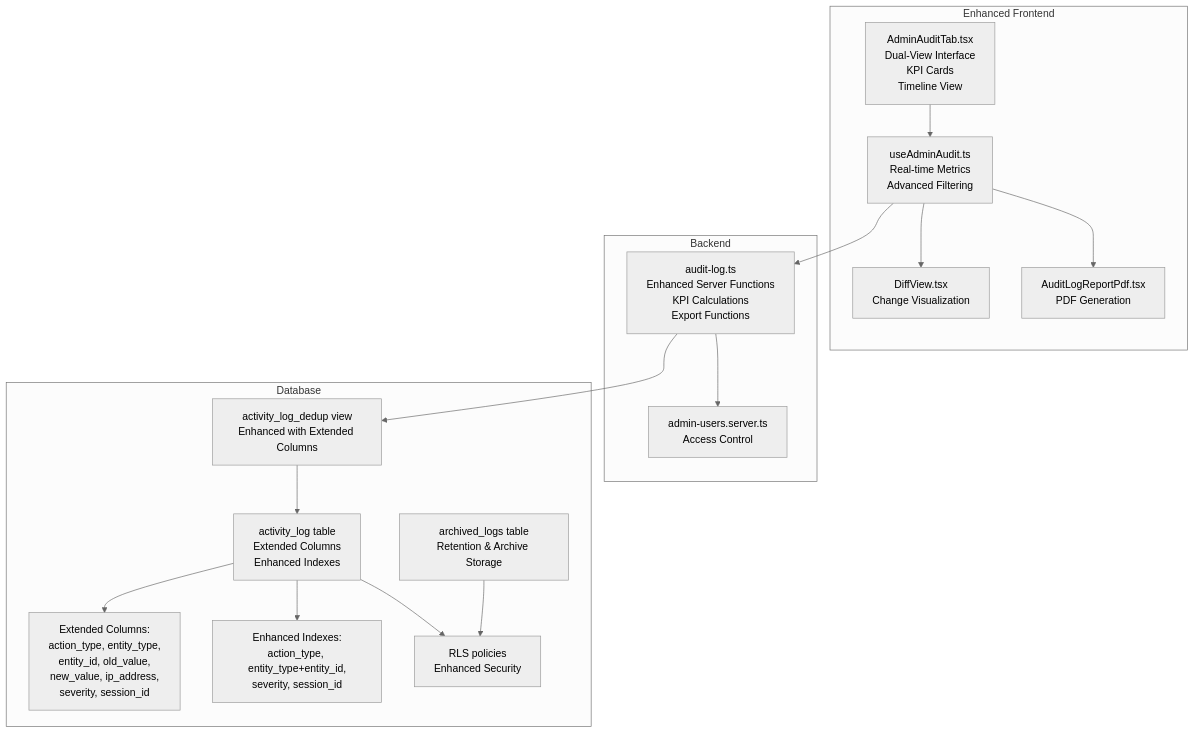
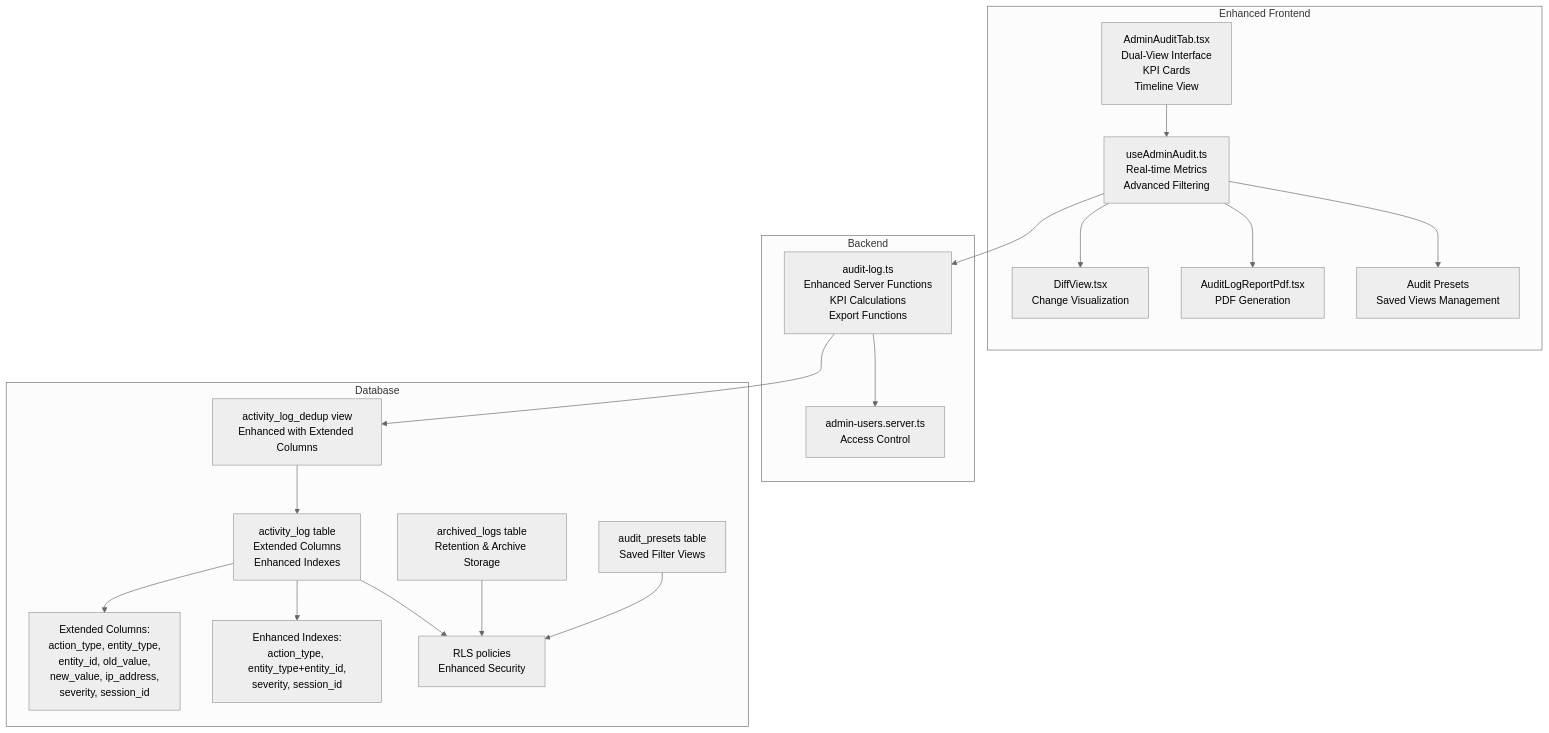
One commit to gastaldellomarco/pcReady changed the first of 14 diagrams in .qoder/repowiki/en/content/Administrative Features/Audit Logging System.md. Above: the diagram before and after it, drawn with Mermaid (neutral theme). The commit also changed other lines of this file and 12 other files, not shown here.

````diff
--- a/.qoder/repowiki/en/content/Administrative Features/Audit Logging System.md
+++ b/.qoder/repowiki/en/content/Administrative Features/Audit Logging System.md
@@ -60,32 +65,36 @@
 ```mermaid
 graph TB
 subgraph "Enhanced Frontend"
 UI["AdminAuditTab.tsx<br/>Dual-View Interface<br/>KPI Cards<br/>Timeline View"]
 Hook["useAdminAudit.ts<br/>Real-time Metrics<br/>Advanced Filtering"]
 Diff["DiffView.tsx<br/>Change Visualization"]
 PDF["AuditLogReportPdf.tsx<br/>PDF Generation"]
+Presets["Audit Presets<br/>Saved Views Management"]
 end
 subgraph "Backend"
 Fn["audit-log.ts<br/>Enhanced Server Functions<br/>KPI Calculations<br/>Export Functions"]
 Sec["admin-users.server.ts<br/>Access Control"]
 end
 subgraph "Database"
 TBL["activity_log table<br/>Extended Columns<br/>Enhanced Indexes"]
 EXT["Extended Columns:<br/>action_type, entity_type,<br/>entity_id, old_value,<br/>new_value, ip_address,<br/>severity, session_id"]
 IDX["Enhanced Indexes:<br/>action_type, entity_type+entity_id,<br/>severity, session_id"]
 V["activity_log_dedup view<br/>Enhanced with Extended Columns"]
 ARCH["archived_logs table<br/>Retention & Archive Storage"]
 RLS["RLS policies<br/>Enhanced Security"]
+PRESETS["audit_presets table<br/>Saved Filter Views"]
 end
 UI --> Hook
 Hook --> Fn
 Hook --> Diff
 Hook --> PDF
+Hook --> Presets
 Fn --> Sec
 Fn --> V
 V --> TBL
 TBL --> RLS
 TBL --> EXT
 TBL --> IDX
 ARCH --> RLS
+PRESETS --> RLS
 ```
````
